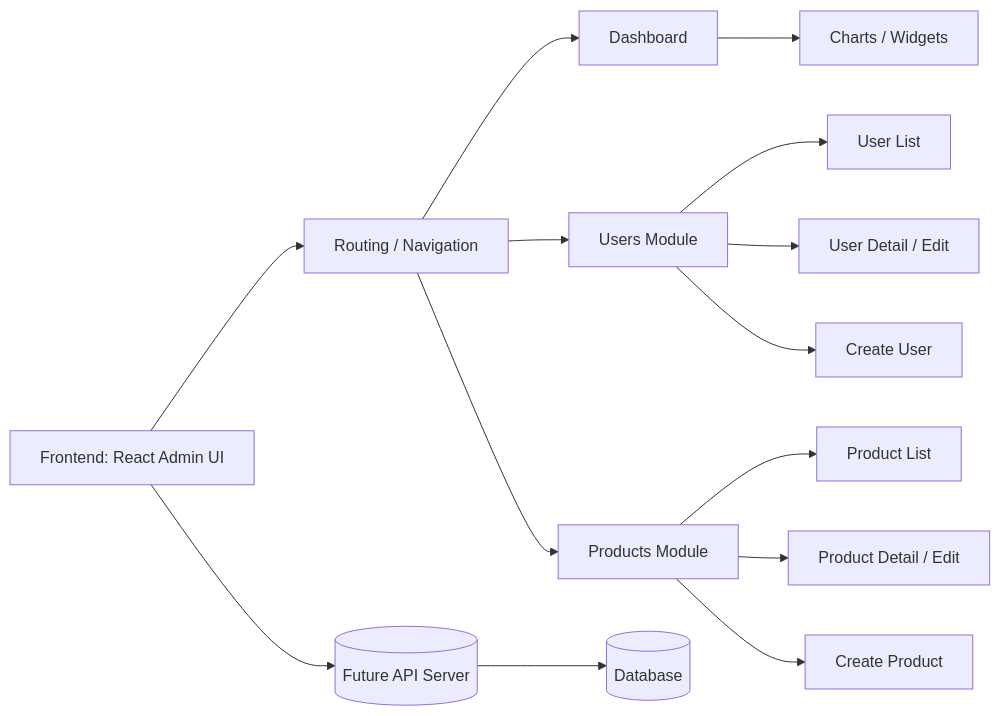
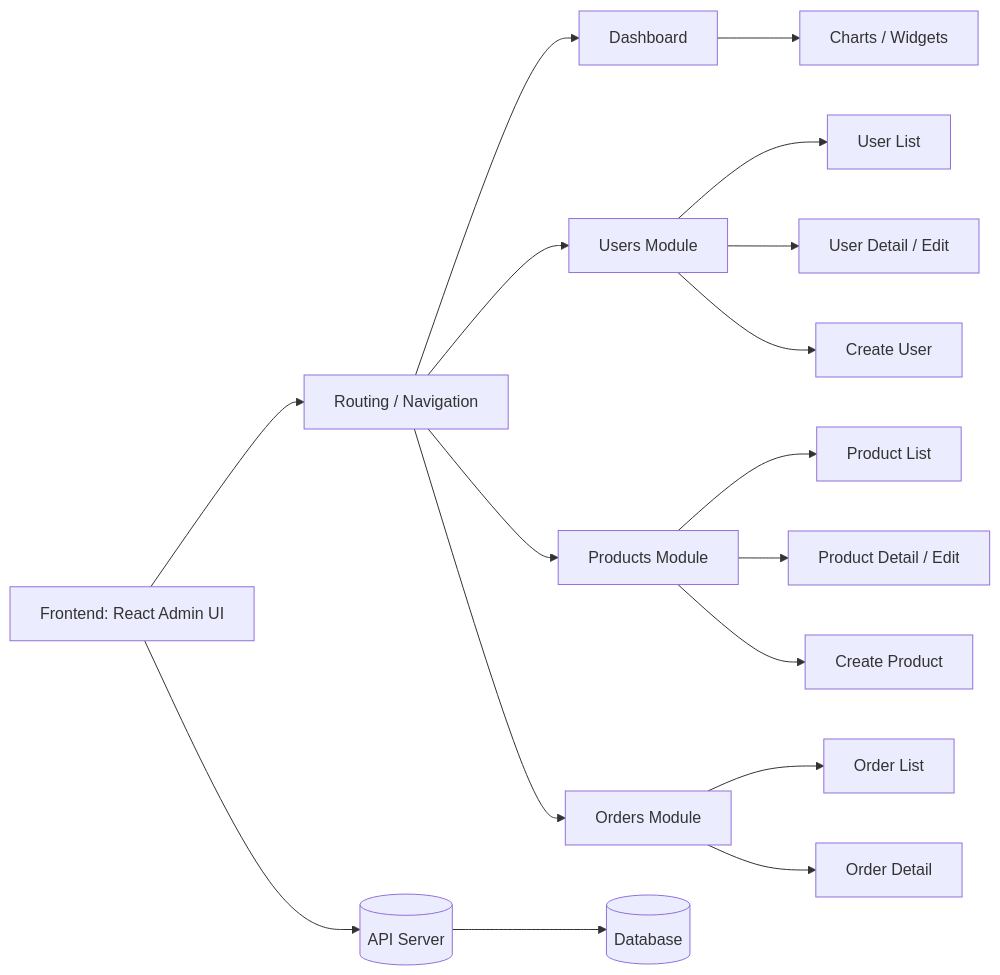
Before and after one commit to NehalSurti/Ecommerce-Admin: the diagram in README.md, drawn with Mermaid. The commit also changed other lines of this file, not shown here.

Commit message:
Refactor README.md for improved formatting and clarity; enhance architecture flowchart and feature descriptions

````diff
--- a/README.md
+++ b/README.md
@@ -31,20 +33,24 @@
 ```mermaid
 flowchart LR
   A[Frontend: React Admin UI] --> B[Routing / Navigation]
   B --> C[Dashboard]
   B --> D[Users Module]
   B --> E[Products Module]
+  B --> O[Orders Module]
 
   C --> C1[Charts / Widgets]
+
   D --> D1[User List]
   D --> D2[User Detail / Edit]
   D --> D3[Create User]
 
   E --> E1[Product List]
   E --> E2[Product Detail / Edit]
   E --> E3[Create Product]
 
-  A --> F[(Future API Server)]
+  O --> O1[Order List]
+  O --> O2[Order Detail]
+
+  A --> F[(API Server)]
   F --> G[(Database)]
-  
-  ```
+```
````
